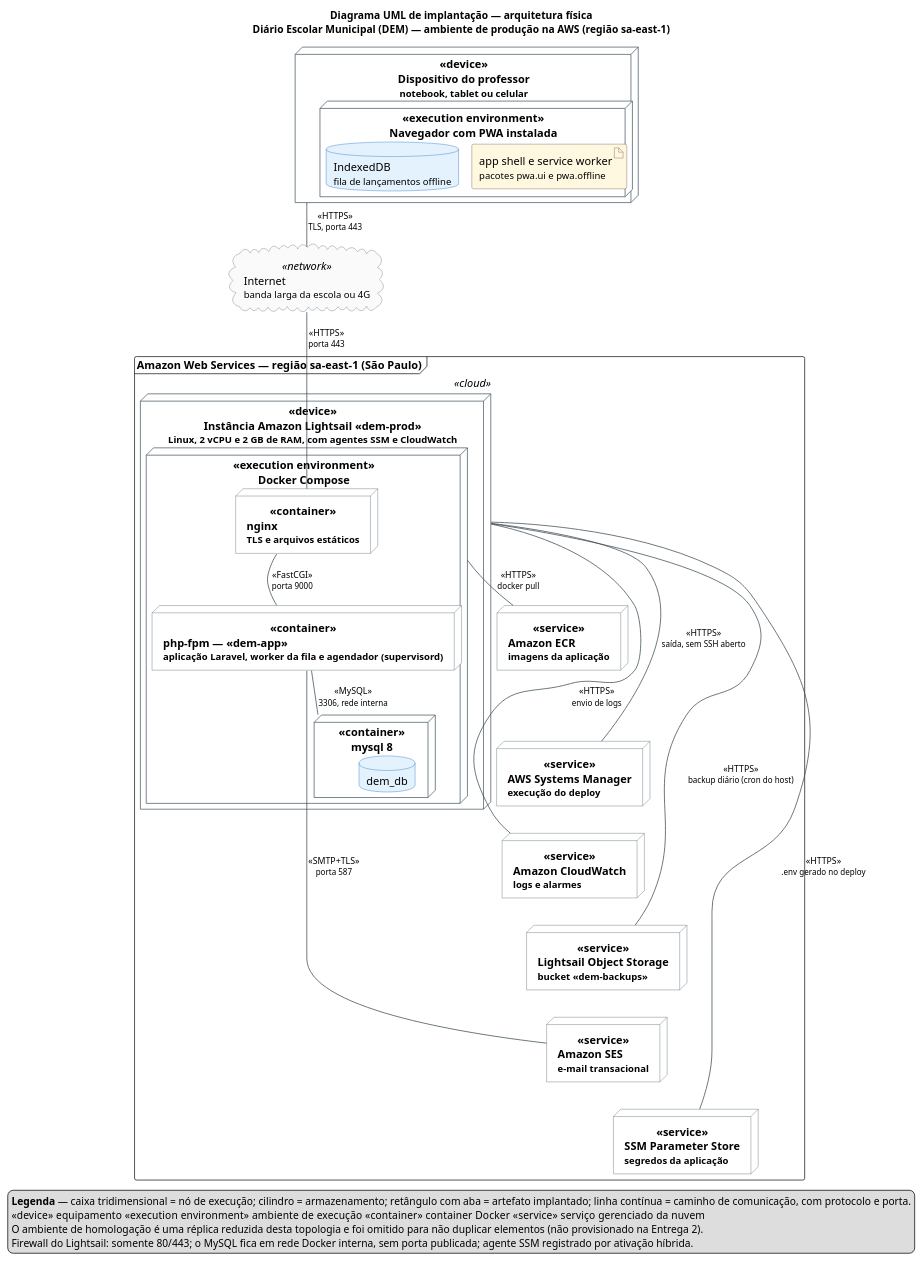
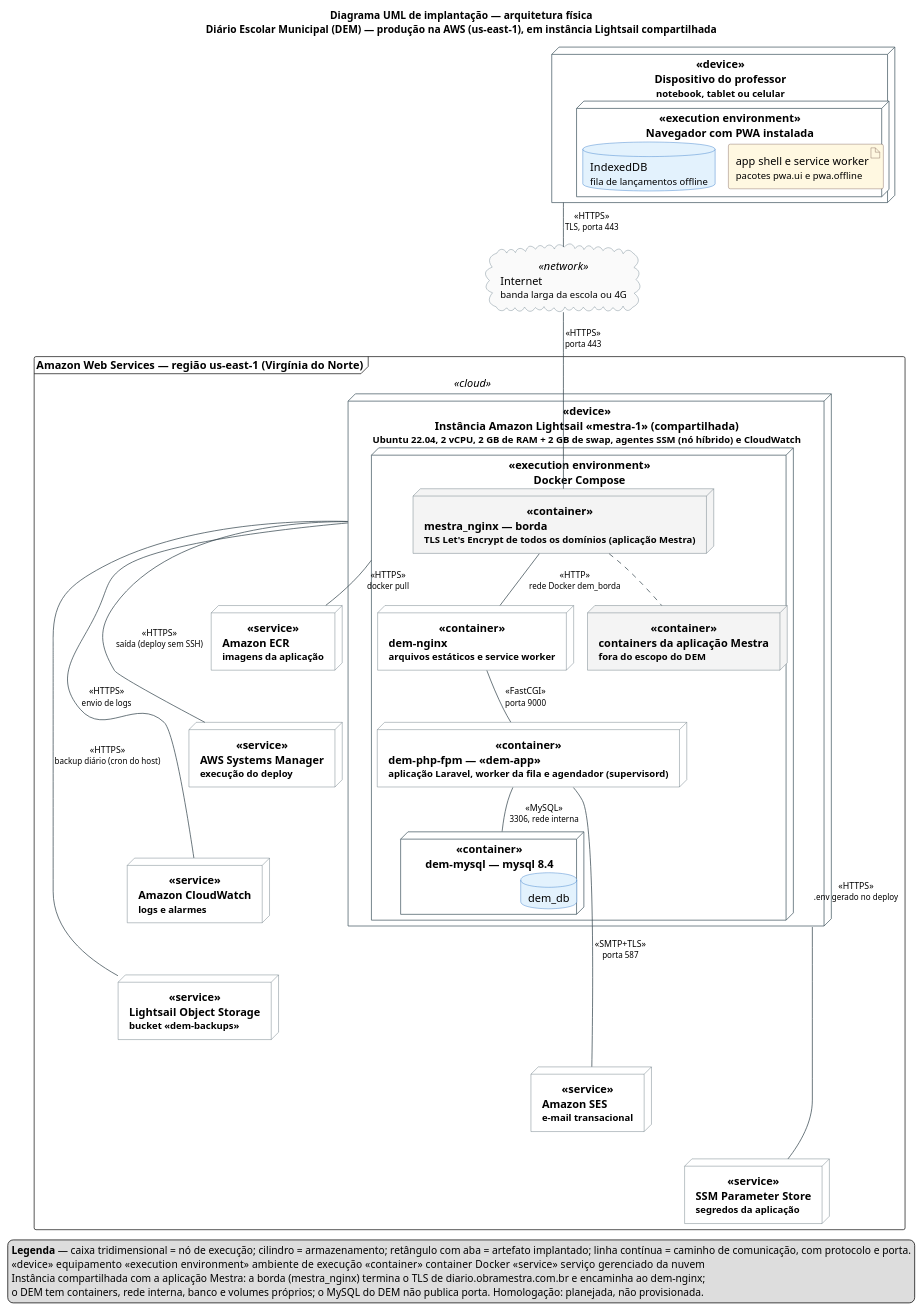
One commit to joaobschweikart/pwa-sistema-escolar changed the diagram in doc/diagramas/02-implantacao.puml. Above: the diagram before and after it, drawn with PlantUML. The commit also changed 7 other files, not shown here.

First line of the commit message:
docs: infraestrutura implantada em instância compartilhada (us-east-1)

```diff
--- a/doc/diagramas/02-implantacao.puml
+++ b/doc/diagramas/02-implantacao.puml
@@ -1,77 +1,81 @@
 @startuml 02-implantacao
 ' Figura 2 — Diagrama UML de implantação (arquitetura física)
 ' Diário Escolar Municipal (DEM) — Prática Extensionista IV — UNOESC
 ' Render: java -jar plantuml.jar -charset UTF-8 -tpng 02-implantacao.puml
 !pragma layout smetana
 
 skinparam shadowing false
 skinparam defaultFontName SansSerif
 skinparam defaultFontSize 15
 skinparam NodeBorderColor #455A64
 skinparam NodeFontStyle bold
 skinparam NodeBackgroundColor #FFFFFF
 skinparam DatabaseBorderColor #1565C0
 skinparam DatabaseBackgroundColor #E3F2FD
 skinparam ArtifactBorderColor #6D4C41
 skinparam ArtifactBackgroundColor #FFF8E1
 skinparam CloudBorderColor #546E7A
 skinparam CloudBackgroundColor #FAFAFA
 skinparam ArrowColor #37474F
 skinparam ArrowFontSize 12
 
-title Diagrama UML de implantação — arquitetura física\n<size:14>Diário Escolar Municipal (DEM) — ambiente de produção na AWS (região sa-east-1)</size>
+title Diagrama UML de implantação — arquitetura física\n<size:14>Diário Escolar Municipal (DEM) — produção na AWS (us-east-1), em instância Lightsail compartilhada</size>
 
 node "Dispositivo do professor\n<size:13>notebook, tablet ou celular</size>" <<device>> as dispositivo {
   node "Navegador com PWA instalada" <<execution environment>> as navegador {
     artifact "app shell e service worker\n<size:13>pacotes pwa.ui e pwa.offline</size>" as a_pwa
     database "IndexedDB\n<size:13>fila de lançamentos offline</size>" as idb
   }
 }
 
 cloud "Internet\n<size:13>banda larga da escola ou 4G</size>" <<network>> as internet
 
-frame "Amazon Web Services — região sa-east-1 (São Paulo)" <<cloud>> as aws {
+frame "Amazon Web Services — região us-east-1 (Virgínia do Norte)" <<cloud>> as aws {
 
-  node "Instância Amazon Lightsail «dem-prod»\n<size:13>Linux, 2 vCPU e 2 GB de RAM, com agentes SSM e CloudWatch</size>" <<device>> as vps {
+  node "Instância Amazon Lightsail «mestra-1» (compartilhada)\n<size:13>Ubuntu 22.04, 2 vCPU, 2 GB de RAM + 2 GB de swap, agentes SSM (nó híbrido) e CloudWatch</size>" <<device>> as vps {
     node "Docker Compose" <<execution environment>> as docker {
-      node "nginx\n<size:13>TLS e arquivos estáticos</size>" <<container>> as c_web
-      node "php-fpm — «dem-app»\n<size:13>aplicação Laravel, worker da fila e agendador (supervisord)</size>" <<container>> as c_app
-      node "mysql 8" <<container>> as c_db {
+      node "mestra_nginx — borda\n<size:13>TLS Let's Encrypt de todos os domínios (aplicação Mestra)</size>" <<container>> as c_borda #F4F4F4
+      node "containers da aplicação Mestra\n<size:13>fora do escopo do DEM</size>" <<container>> as c_mestra #F4F4F4
+      node "dem-nginx\n<size:13>arquivos estáticos e service worker</size>" <<container>> as c_web
+      node "dem-php-fpm — «dem-app»\n<size:13>aplicação Laravel, worker da fila e agendador (supervisord)</size>" <<container>> as c_app
+      node "dem-mysql — mysql 8.4" <<container>> as c_db {
         database "dem_db" as db
       }
     }
   }
 
   node "Amazon ECR\n<size:13>imagens da aplicação</size>" <<service>> as ecr
   node "AWS Systems Manager\n<size:13>execução do deploy</size>" <<service>> as ssm
   node "Amazon CloudWatch\n<size:13>logs e alarmes</size>" <<service>> as cw
   node "Lightsail Object Storage\n<size:13>bucket «dem-backups»</size>" <<service>> as bucket
   node "Amazon SES\n<size:13>e-mail transacional</size>" <<service>> as ses
   node "SSM Parameter Store\n<size:13>segredos da aplicação</size>" <<service>> as params
 
   ecr -[hidden]down- ssm
   ssm -[hidden]down- cw
   cw -[hidden]down- bucket
   bucket -[hidden]down- ses
   ses -[hidden]down- params
 }
 
 dispositivo -- internet : <<HTTPS>>\n<size:11>TLS, porta 443</size>
-internet -- c_web : <<HTTPS>>\n<size:11>porta 443</size>
+internet -- c_borda : <<HTTPS>>\n<size:11>porta 443</size>
+c_borda -- c_web : <<HTTP>>\n<size:11>rede Docker dem_borda</size>
+c_borda .. c_mestra
 c_web -- c_app : <<FastCGI>>\n<size:11>porta 9000</size>
 c_app -- c_db : <<MySQL>>\n<size:11>3306, rede interna</size>
 c_app -- ses : <<SMTP+TLS>>\n<size:11>porta 587</size>
 vps -- bucket : <<HTTPS>>\n<size:11>backup diário (cron do host)</size>
 vps -- cw : <<HTTPS>>\n<size:11>envio de logs</size>
-vps -- ssm : <<HTTPS>>\n<size:11>saída, sem SSH aberto</size>
+vps -- ssm : <<HTTPS>>\n<size:11>saída (deploy sem SSH)</size>
 vps -- params : <<HTTPS>>\n<size:11>.env gerado no deploy</size>
 docker -- ecr : <<HTTPS>>\n<size:11>docker pull</size>
 
 legend bottom
   <b>Legenda</b> — caixa tridimensional = nó de execução; cilindro = armazenamento; retângulo com aba = artefato implantado; linha contínua = caminho de comunicação, com protocolo e porta.
   «device» equipamento   «execution environment» ambiente de execução   «container» container Docker   «service» serviço gerenciado da nuvem
-  O ambiente de homologação é uma réplica reduzida desta topologia e foi omitido para não duplicar elementos (não provisionado na Entrega 2).
-  Firewall do Lightsail: somente 80/443; o MySQL fica em rede Docker interna, sem porta publicada; agente SSM registrado por ativação híbrida.
+  Instância compartilhada com a aplicação Mestra: a borda (mestra_nginx) termina o TLS de diario.obramestra.com.br e encaminha ao dem-nginx;
+  o DEM tem containers, rede interna, banco e volumes próprios; o MySQL do DEM não publica porta. Homologação: planejada, não provisionada.
 endlegend
 
 @enduml
```
